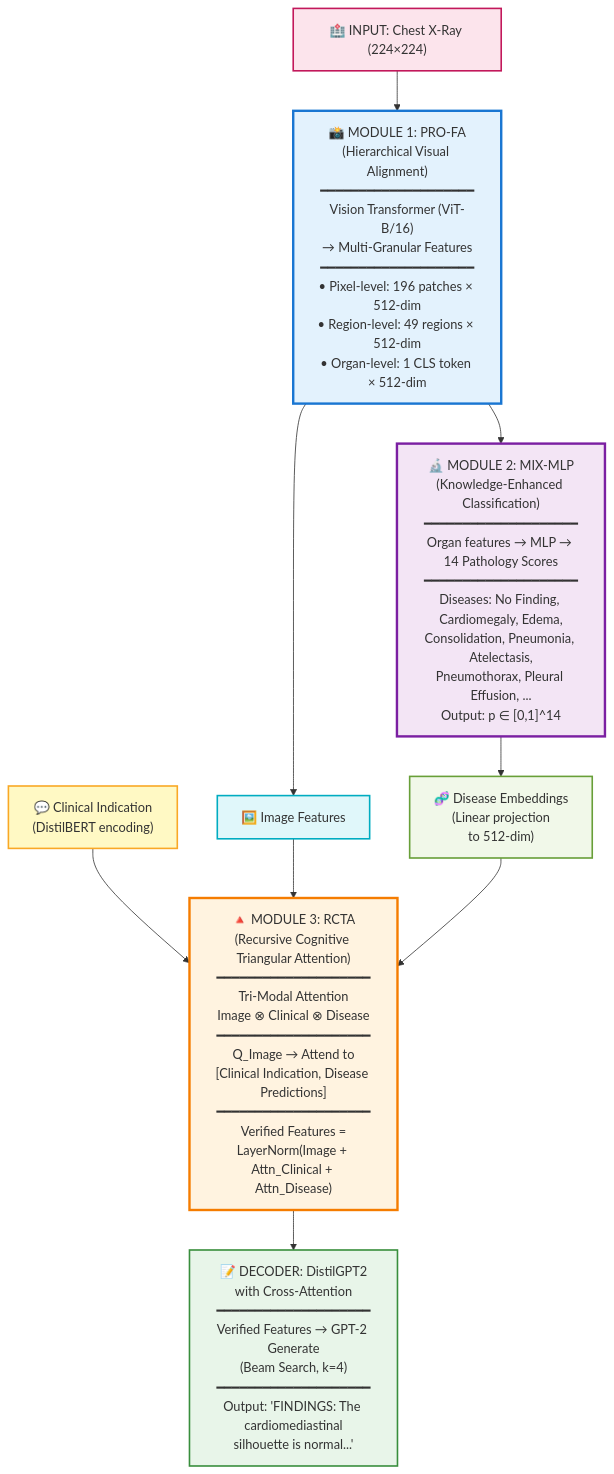
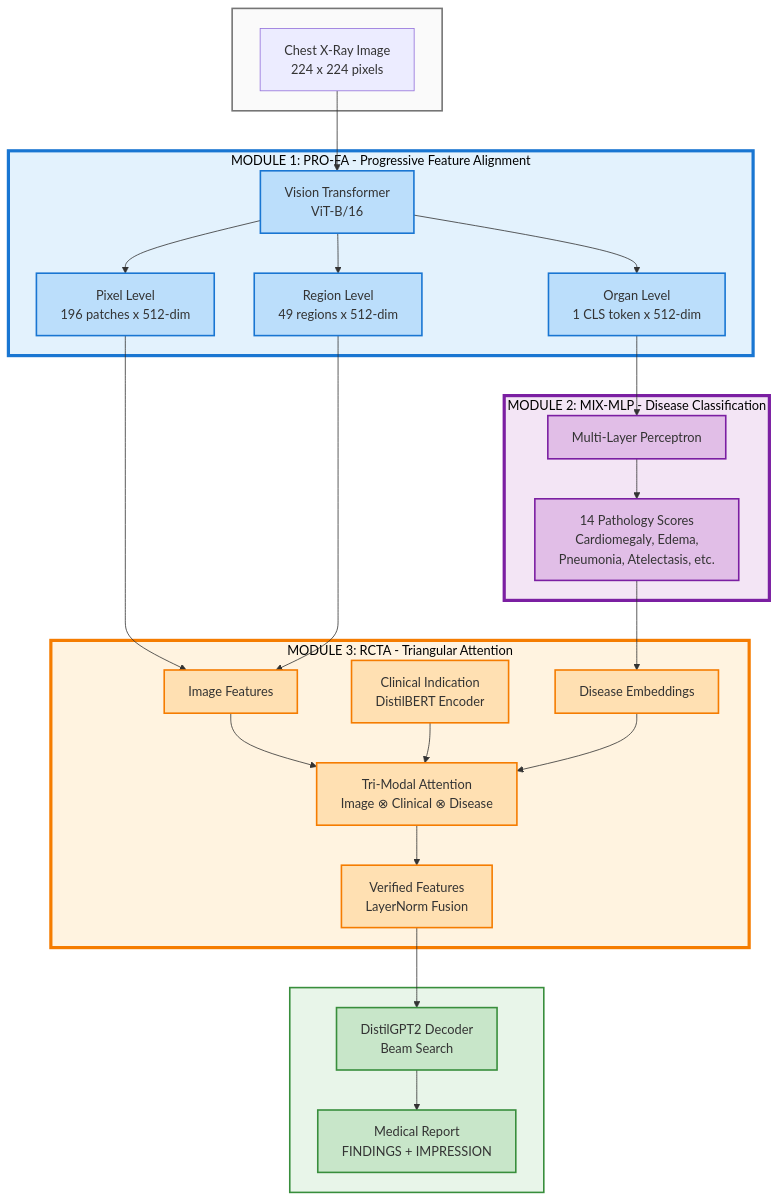
Before and after one commit to a-zax/monikabhati2005: the diagram in PS_2_Cognitive_Radiology_Report/README.md, drawn with Mermaid. The commit also changed other lines of this file and 13 other files, not shown here.

Commit message:
feat: Add initial project scaffolding for ReelSense and Cognitive Radiology Report, including READMEs, setup scripts, and submission files.

````diff
--- a/PS_2_Cognitive_Radiology_Report/README.md
+++ b/PS_2_Cognitive_Radiology_Report/README.md
@@ -19,27 +19,74 @@
 ```mermaid
-flowchart TD
-    Input["🏥 INPUT: Chest X-Ray (224×224)"] --> PROFA
+flowchart TB
+    subgraph Input [" "]
+        XRay[Chest X-Ray Image<br/>224 x 224 pixels]
+    end
     
-    PROFA["📸 MODULE 1: PRO-FA<br/>(Hierarchical Visual Alignment)<br/>━━━━━━━━━━━━━━━━━━━━<br/>Vision Transformer (ViT-B/16)<br/>→ Multi-Granular Features<br/>━━━━━━━━━━━━━━━━━━━━<br/>• Pixel-level: 196 patches × 512-dim<br/>• Region-level: 49 regions × 512-dim<br/>• Organ-level: 1 CLS token × 512-dim"] --> MIXMLP
+    subgraph Module1 ["MODULE 1: PRO-FA - Progressive Feature Alignment"]
+        ViT[Vision Transformer<br/>ViT-B/16]
+        Pixel[Pixel Level<br/>196 patches x 512-dim]
+        Region[Region Level<br/>49 regions x 512-dim]
+        Organ[Organ Level<br/>1 CLS token x 512-dim]
+        
+        ViT --> Pixel
+        ViT --> Region
+        ViT --> Organ
+    end
     
-    MIXMLP["🔬 MODULE 2: MIX-MLP<br/>(Knowledge-Enhanced Classification)<br/>━━━━━━━━━━━━━━━━━━━━<br/>Organ features → MLP → 14 Pathology Scores<br/>━━━━━━━━━━━━━━━━━━━━<br/>Diseases: No Finding, Cardiomegaly, Edema,<br/>Consolidation, Pneumonia, Atelectasis,<br/>Pneumothorax, Pleural Effusion, ...<br/>Output: p ∈ [0,1]^14"] --> Disease["🧬 Disease Embeddings<br/>(Linear projection<br/>to 512-dim)"]
+    subgraph Module2 ["MODULE 2: MIX-MLP - Disease Classification"]
+        MLP[Multi-Layer Perceptron]
+        Diseases[14 Pathology Scores<br/>Cardiomegaly, Edema,<br/>Pneumonia, Atelectasis, etc.]
+        
+        MLP --> Diseases
+    end
     
-    PROFA --> ImageFeat["🖼️ Image Features"]
+    subgraph Module3 ["MODULE 3: RCTA - Triangular Attention"]
+        Clinical[Clinical Indication<br/>DistilBERT Encoder]
+        ImgAttn[Image Features]
+        DiseaseEmb[Disease Embeddings]
+        TriAttn[Tri-Modal Attention<br/>Image ⊗ Clinical ⊗ Disease]
+        Verified[Verified Features<br/>LayerNorm Fusion]
+        
+        ImgAttn --> TriAttn
+        Clinical --> TriAttn
+        DiseaseEmb --> TriAttn
+        TriAttn --> Verified
+    end
     
-    Clinical["💬 Clinical Indication<br/>(DistilBERT encoding)"] --> RCTA
-    ImageFeat --> RCTA
-    Disease --> RCTA
+    subgraph Output [" "]
+        Decoder[DistilGPT2 Decoder<br/>Beam Search]
+        Report[Medical Report<br/>FINDINGS + IMPRESSION]
+        
+        Decoder --> Report
+    end
     
-    RCTA["🔺 MODULE 3: RCTA<br/>(Recursive Cognitive Triangular Attention)<br/>━━━━━━━━━━━━━━━━━━━━<br/>Tri-Modal Attention<br/>Image ⊗ Clinical ⊗ Disease<br/>━━━━━━━━━━━━━━━━━━━━<br/>Q_Image → Attend to<br/>[Clinical Indication, Disease Predictions]<br/>━━━━━━━━━━━━━━━━━━━━<br/>Verified Features =<br/>LayerNorm(Image + Attn_Clinical + Attn_Disease)"] --> Decoder
+    XRay --> ViT
+    Organ --> MLP
+    Diseases --> DiseaseEmb
+    Pixel --> ImgAttn
+    Region --> ImgAttn
+    Verified --> Decoder
     
-    Decoder["📝 DECODER: DistilGPT2<br/>with Cross-Attention<br/>━━━━━━━━━━━━━━━━━━━━<br/>Verified Features → GPT-2 Generate<br/>(Beam Search, k=4)<br/>━━━━━━━━━━━━━━━━━━━━<br/>Output: 'FINDINGS: The cardiomediastinal<br/>silhouette is normal...'"]
+    style Module1 fill:#E3F2FD,stroke:#1976D2,stroke-width:4px,color:#000
+    style Module2 fill:#F3E5F5,stroke:#7B1FA2,stroke-width:4px,color:#000
+    style Module3 fill:#FFF3E0,stroke:#F57C00,stroke-width:4px,color:#000
+    style Input fill:#FAFAFA,stroke:#757575,stroke-width:2px
+    style Output fill:#E8F5E9,stroke:#388E3C,stroke-width:2px
     
-    style PROFA fill:#e3f2fd,stroke:#1976d2,stroke-width:3px
-    style MIXMLP fill:#f3e5f5,stroke:#7b1fa2,stroke-width:3px
-    style RCTA fill:#fff3e0,stroke:#f57c00,stroke-width:3px
-    style Decoder fill:#e8f5e9,stroke:#388e3c,stroke-width:2px
-    style Input fill:#fce4ec,stroke:#c2185b,stroke-width:2px
-    style Clinical fill:#fff9c4,stroke:#f9a825,stroke-width:2px
-    style Disease fill:#f1f8e9,stroke:#689f38,stroke-width:2px
-    style ImageFeat fill:#e0f7fa,stroke:#00acc1,stroke-width:2px
+    style ViT fill:#BBDEFB,stroke:#1976D2,stroke-width:2px
+    style Pixel fill:#BBDEFB,stroke:#1976D2,stroke-width:2px
+    style Region fill:#BBDEFB,stroke:#1976D2,stroke-width:2px
+    style Organ fill:#BBDEFB,stroke:#1976D2,stroke-width:2px
+    
+    style MLP fill:#E1BEE7,stroke:#7B1FA2,stroke-width:2px
+    style Diseases fill:#E1BEE7,stroke:#7B1FA2,stroke-width:2px
+    
+    style Clinical fill:#FFE0B2,stroke:#F57C00,stroke-width:2px
+    style ImgAttn fill:#FFE0B2,stroke:#F57C00,stroke-width:2px
+    style DiseaseEmb fill:#FFE0B2,stroke:#F57C00,stroke-width:2px
+    style TriAttn fill:#FFE0B2,stroke:#F57C00,stroke-width:2px
+    style Verified fill:#FFE0B2,stroke:#F57C00,stroke-width:2px
+    
+    style Decoder fill:#C8E6C9,stroke:#388E3C,stroke-width:2px
+    style Report fill:#C8E6C9,stroke:#388E3C,stroke-width:2px
 ```
````
